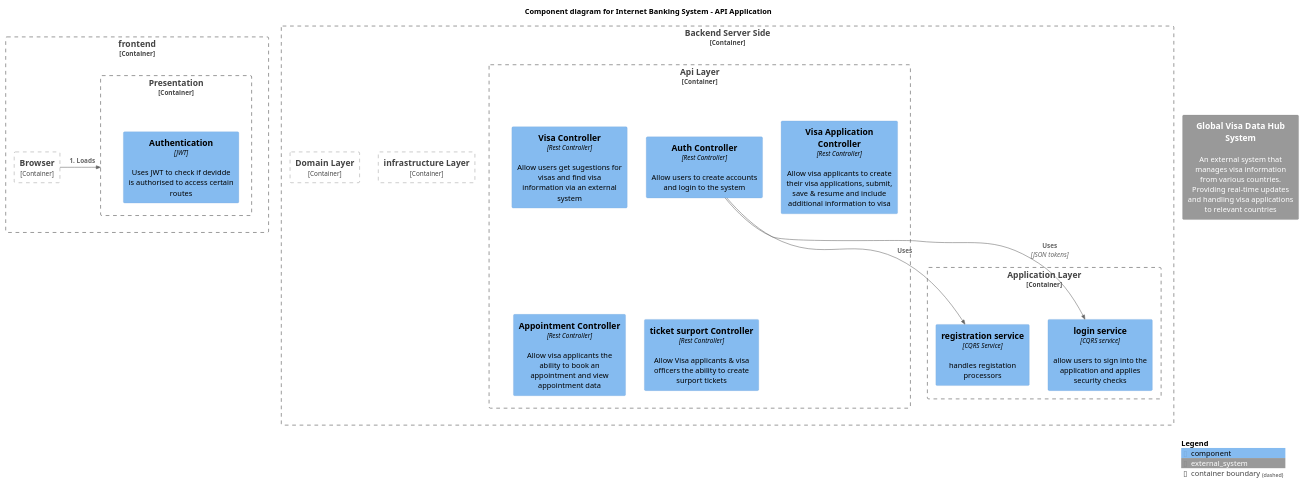
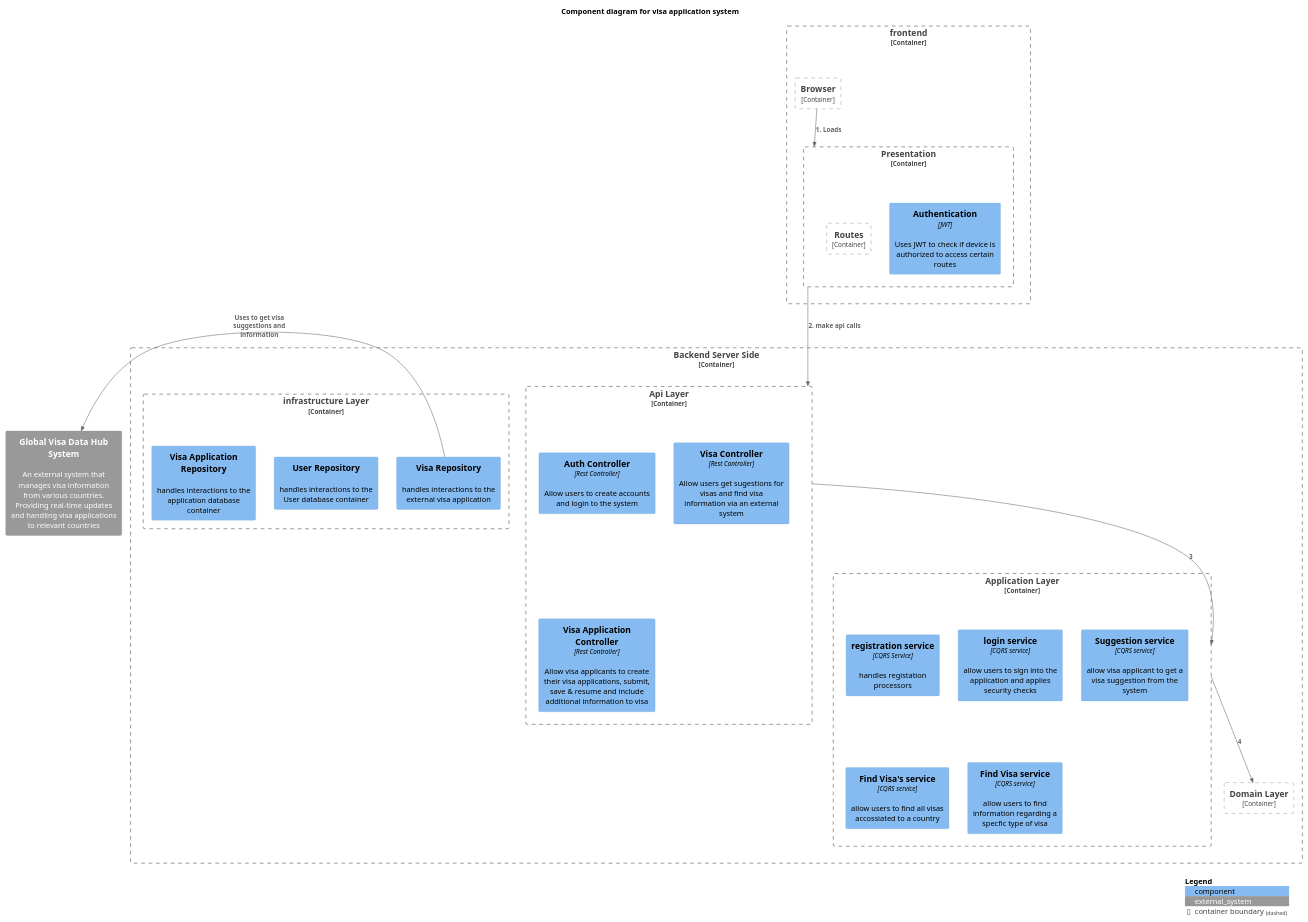
One commit to kierenadkins/Software-Architecture changed the diagram in docs/diagrams/C4/Component_Diagram.puml. Above: the diagram before and after it, drawn with PlantUML. The commit also changed 5 other files, not shown here.

```diff
--- a/docs/diagrams/C4/Component_Diagram.puml
+++ b/docs/diagrams/C4/Component_Diagram.puml
@@ -1,55 +1,69 @@
 @startuml
 !include https://raw.githubusercontent.com/plantuml-stdlib/C4-PlantUML/master/C4_Component.puml
 ' uncomment the following line and comment the first to use locally
 ' !include C4_Component.puml
 
 
 
-title Component diagram for Internet Banking System - API Application
+title Component diagram for visa application system
 
 System_Ext(globalVisaDataHubSystem, "Global Visa Data Hub System", "An external system that manages visa information from various countries. Providing real-time updates and handling visa applications to relevant countries")
 
 Container_Boundary(frontend, "frontend") {
     Container_Boundary(UI, "Browser") {
 
     }
     Container_Boundary(presentation, "Presentation") {
-        Component(Authentication, "Authentication", "JWT", "Uses JWT to check if devidde is authorised to access certain routes")
+        Component(Authentication, "Authentication", "JWT", "Uses JWT to check if device is authorized to access certain routes")
+
+        Container_Boundary(routes, "Routes"){
+            
+        }
     }
 }
 
 Container_Boundary(backend, "Backend Server Side") {
     Container_Boundary(api, "Api Layer") {
-        Component(authApi, "Auth Controller", "Rest Controller", "Allow users to create accounts and login to the system")
-        Component(visaApi, "Visa Controller", "Rest Controller", "Allow users get sugestions for visas and find visa information via an external system")
+            Component(authApi, "Auth Controller", "Rest Controller", "Allow users to create accounts and login to the system")
+            Component(visaApi, "Visa Controller", "Rest Controller", "Allow users get sugestions for visas and find visa information via an external system")
         Component(applicationApi, "Visa Application Controller", "Rest Controller", "Allow visa applicants to create their visa applications, submit, save & resume and include additional information to visa")
-        Component(appointmentApi, "Appointment Controller", "Rest Controller", "Allow visa applicants the ability to book an appointment and view appointment data")
-        Component(ticketApi, "ticket surport Controller", "Rest Controller", "Allow Visa applicants & visa officers the ability to create surport tickets")
+       ' Component(appointmentApi, "Appointment Controller", "Rest Controller", "Allow visa applicants the ability to book an appointment and view appointment data")
+       ' Component(ticketApi, "ticket surport Controller", "Rest Controller", "Allow Visa applicants & visa officers the ability to create surport tickets")
     }
     Container_Boundary(application, "Application Layer") {
          Component(registrationService, "registration service", "CQRS Service", "handles registation processors")
          Component(loginService, "login service", "CQRS service", "allow users to sign into the application and applies security checks")
+    
+        Component(suggestionService, "Suggestion service", "CQRS service", "allow visa applicant to get a visa suggestion from the system")
+        Component(findVisasService, "Find Visa's service", "CQRS service", "allow users to find all visas accossiated to a country")
+        Component(findVisaService, "Find Visa service", "CQRS service", "allow users to find information regarding a specfic type of visa")
     }
 
     Container_Boundary(infrastructure, "infrastructure Layer") {
-
+        Component(visaRepo, "Visa Repository", "", "handles interactions to the external visa application")
+        Component(userRepo, "User Repository", "", "handles interactions to the User database container") 
+        Component(applicationRepo, "Visa Application Repository", "", "handles interactions to the application database container")
+        'Component(appointmentRepo, "Appointment Repository", "", "handles interactions to the appointment database container")
+        'Component(ticketRepo, "Ticket Surport Repository", "", "handles interactions to the ticket surport database container")
     }
 
     Container_Boundary(domain, "Domain Layer") {
 
     }
 
-    Rel_D(authApi, registrationService, "Uses")
-    Rel_D(authApi, loginService, "Uses", "JSON tokens")
+    Rel_D(api, application, "3")
+    Rel_D(application, domain , "4")
+
 }
 
-Rel_L(UI, presentation, "1. Loads")
-Rel_L(presentation, api, "2. make api calls")
+Rel_D(UI, presentation, "1. Loads")
+Rel_D(presentation, api, "2. make api calls")
 
 
+Rel_L(visaRepo, globalVisaDataHubSystem, "Uses to get visa suggestions and information" )
 
 
 
 SHOW_LEGEND()
 
 @enduml
```
